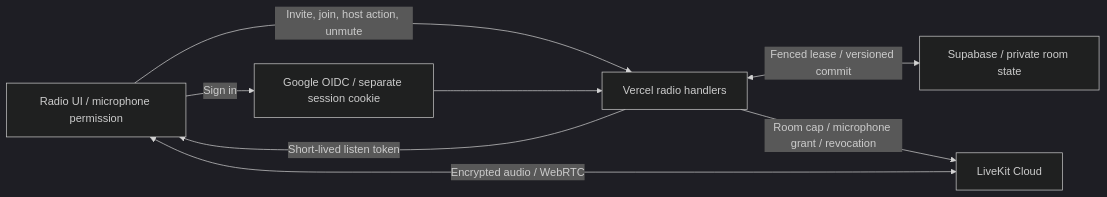
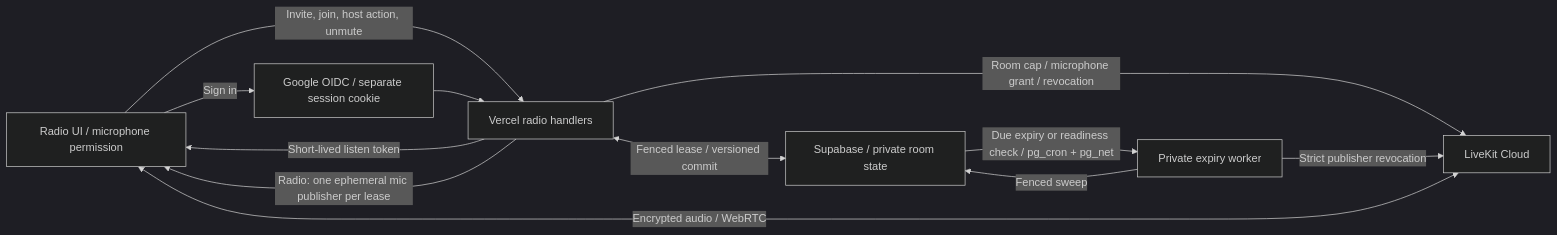
Before and after one commit to suvrotica/suvroghosh-in: diagram 52 of 52 in docs/architecture/ARCHITECTURE.md, drawn with Mermaid (dark theme). The commit also changed other lines of this file and 24 other files, not shown here.

Commit message:
Enable push-to-talk with immediate mic cutoff and independent expiry

````diff
--- a/docs/architecture/ARCHITECTURE.md
+++ b/docs/architecture/ARCHITECTURE.md
@@ -3137,10 +3141,14 @@
 ```mermaid
 flowchart LR
     Browser["Radio UI / microphone permission"] -->|"Sign in"| OIDC["Google OIDC / separate session cookie"]
     Browser -->|"Invite, join, host action, unmute"| Radio["Vercel radio handlers"]
     OIDC --> Radio
     Radio <-->|"Fenced lease / versioned commit"| State["Supabase / private room state"]
     Radio -->|"Room cap / microphone grant / revocation"| SFU["LiveKit Cloud"]
     Radio -->|"Short-lived listen token"| Browser
+    Radio -->|"Radio: one ephemeral mic publisher per lease"| Browser
+    State -->|"Due expiry or readiness check / pg_cron + pg_net"| Watchdog["Private expiry worker"]
+    Watchdog -->|"Fenced sweep"| State
+    Watchdog -->|"Strict publisher revocation"| SFU
     Browser <-->|"Encrypted audio / WebRTC"| SFU
 ```
````
